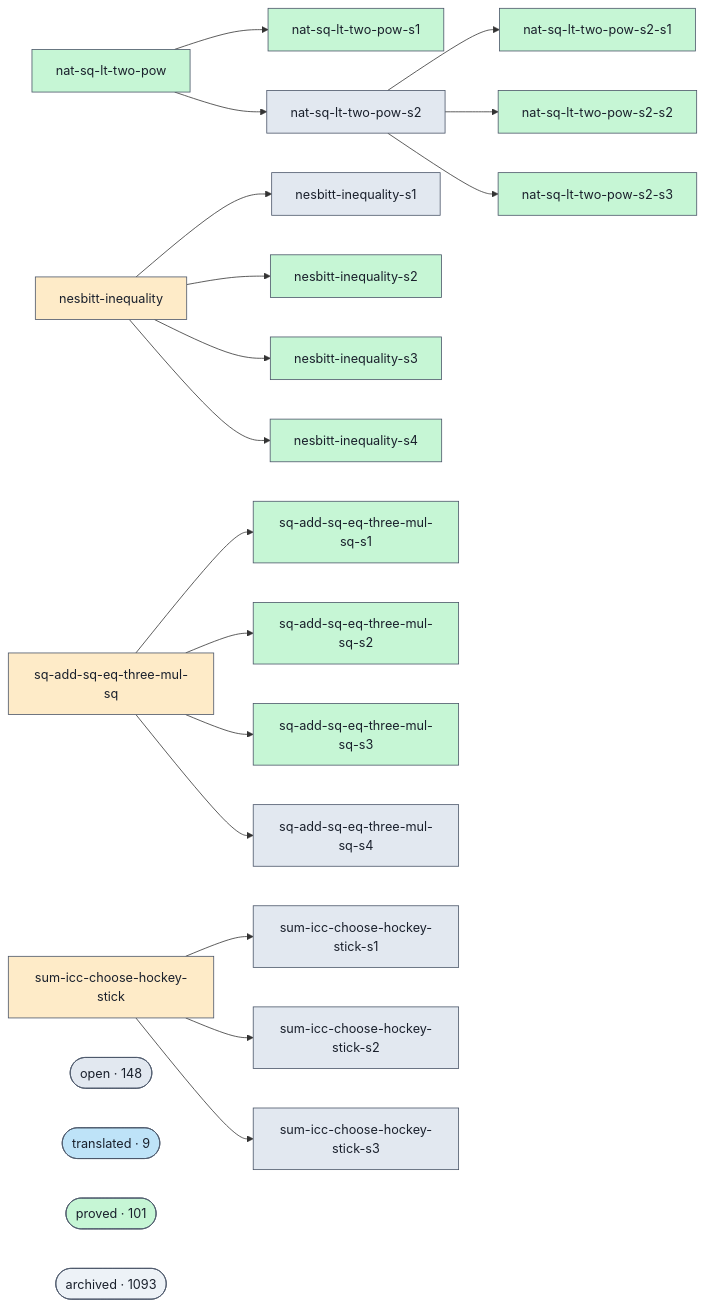
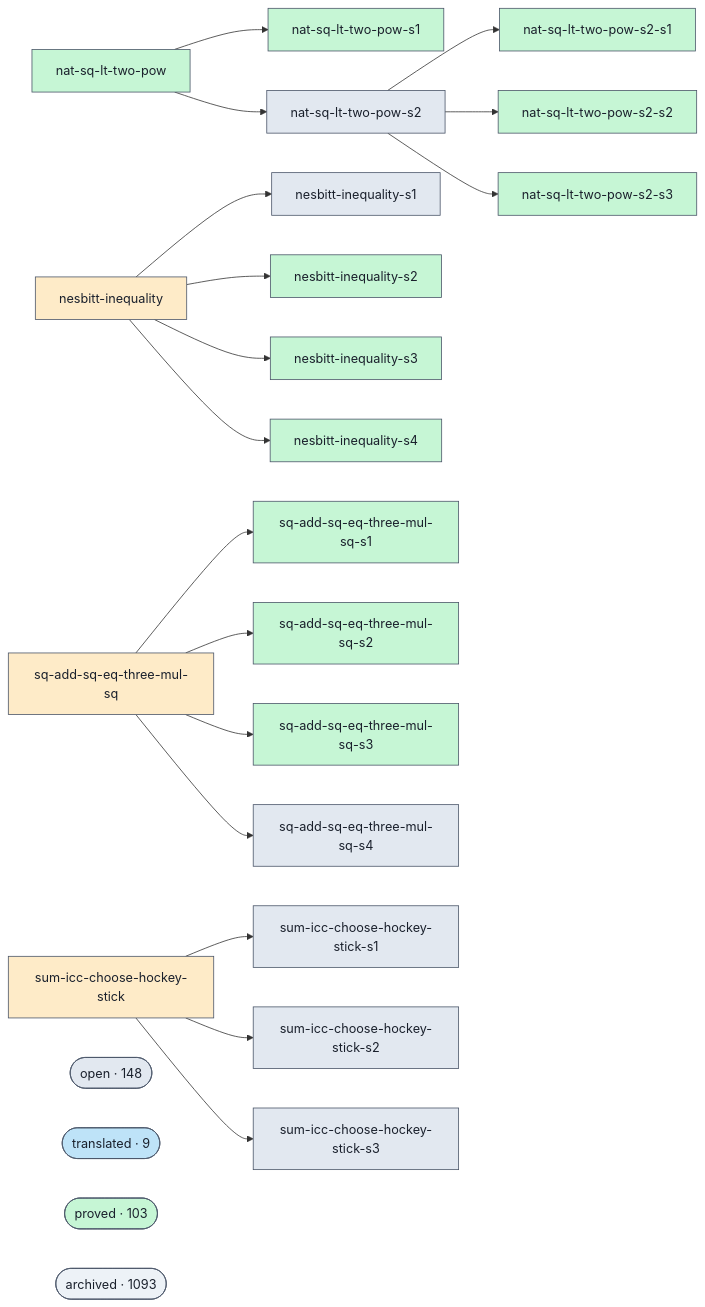
One commit to ohdearquant/unsorry changed the diagram in docs/proofs-contributors-visualisation.md. Above: the diagram before and after it, drawn with Mermaid. The commit also changed other lines of this file and 2 other files, not shown here.

```diff
--- a/docs/proofs-contributors-visualisation.md
+++ b/docs/proofs-contributors-visualisation.md
@@ -102,7 +102,7 @@
   class cluster_open open;
   cluster_translated(["translated · 9"])
   class cluster_translated translated;
-  cluster_proved(["proved · 101"])
+  cluster_proved(["proved · 103"])
   class cluster_proved proved;
   cluster_archived(["archived · 1093"])
   class cluster_archived unknown;
```
